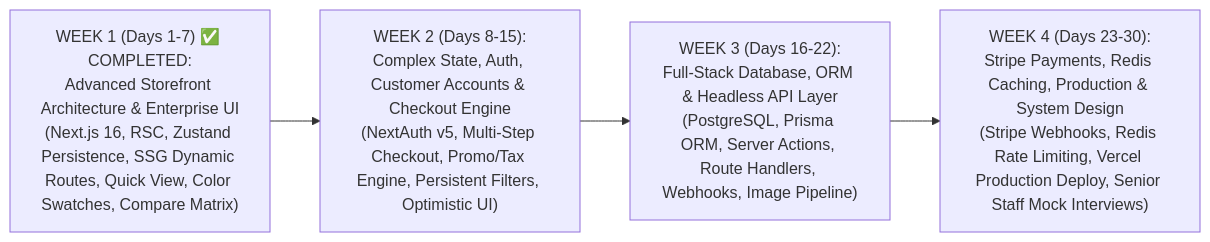
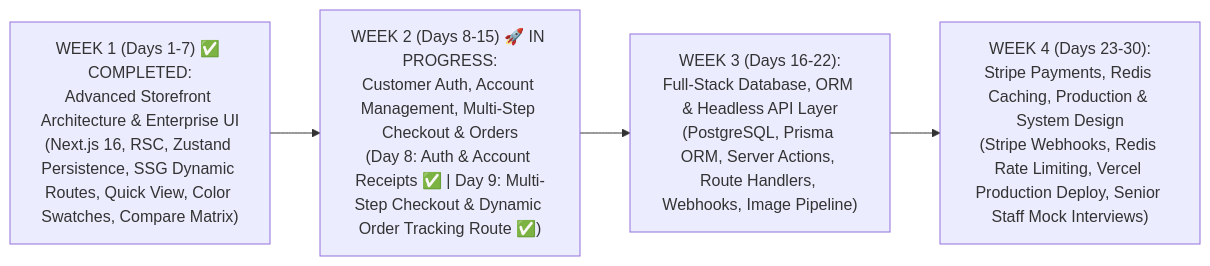
One commit to AdarshRG/nova-ecommerce changed the first of 2 diagrams in COURSE_NOTES.md. Above: the diagram before and after it, drawn with Mermaid. The commit also changed other lines of this file and 9 other files, not shown here.

````diff
--- a/COURSE_NOTES.md
+++ b/COURSE_NOTES.md
@@ -11,6 +11,6 @@
 ```mermaid
 flowchart LR
-    W1["WEEK 1 (Days 1-7) ✅ COMPLETED:<br/>Advanced Storefront Architecture & Enterprise UI<br/>(Next.js 16, RSC, Zustand Persistence, SSG Dynamic Routes, Quick View, Color Swatches, Compare Matrix)"] --> W2["WEEK 2 (Days 8-15):<br/>Complex State, Auth, Customer Accounts & Checkout Engine<br/>(NextAuth v5, Multi-Step Checkout, Promo/Tax Engine, Persistent Filters, Optimistic UI)"]
+    W1["WEEK 1 (Days 1-7) ✅ COMPLETED:<br/>Advanced Storefront Architecture & Enterprise UI<br/>(Next.js 16, RSC, Zustand Persistence, SSG Dynamic Routes, Quick View, Color Swatches, Compare Matrix)"] --> W2["WEEK 2 (Days 8-15) 🚀 IN PROGRESS:<br/>Customer Auth, Account Management, Multi-Step Checkout & Orders<br/>(Day 8: Auth & Account Receipts ✅ | Day 9: Multi-Step Checkout & Dynamic Order Tracking Route ✅)"]
     W2 --> W3["WEEK 3 (Days 16-22):<br/>Full-Stack Database, ORM & Headless API Layer<br/>(PostgreSQL, Prisma ORM, Server Actions, Route Handlers, Webhooks, Image Pipeline)"]
     W3 --> W4["WEEK 4 (Days 23-30):<br/>Stripe Payments, Redis Caching, Production & System Design<br/>(Stripe Webhooks, Redis Rate Limiting, Vercel Production Deploy, Senior Staff Mock Interviews)"]
 ```
````
